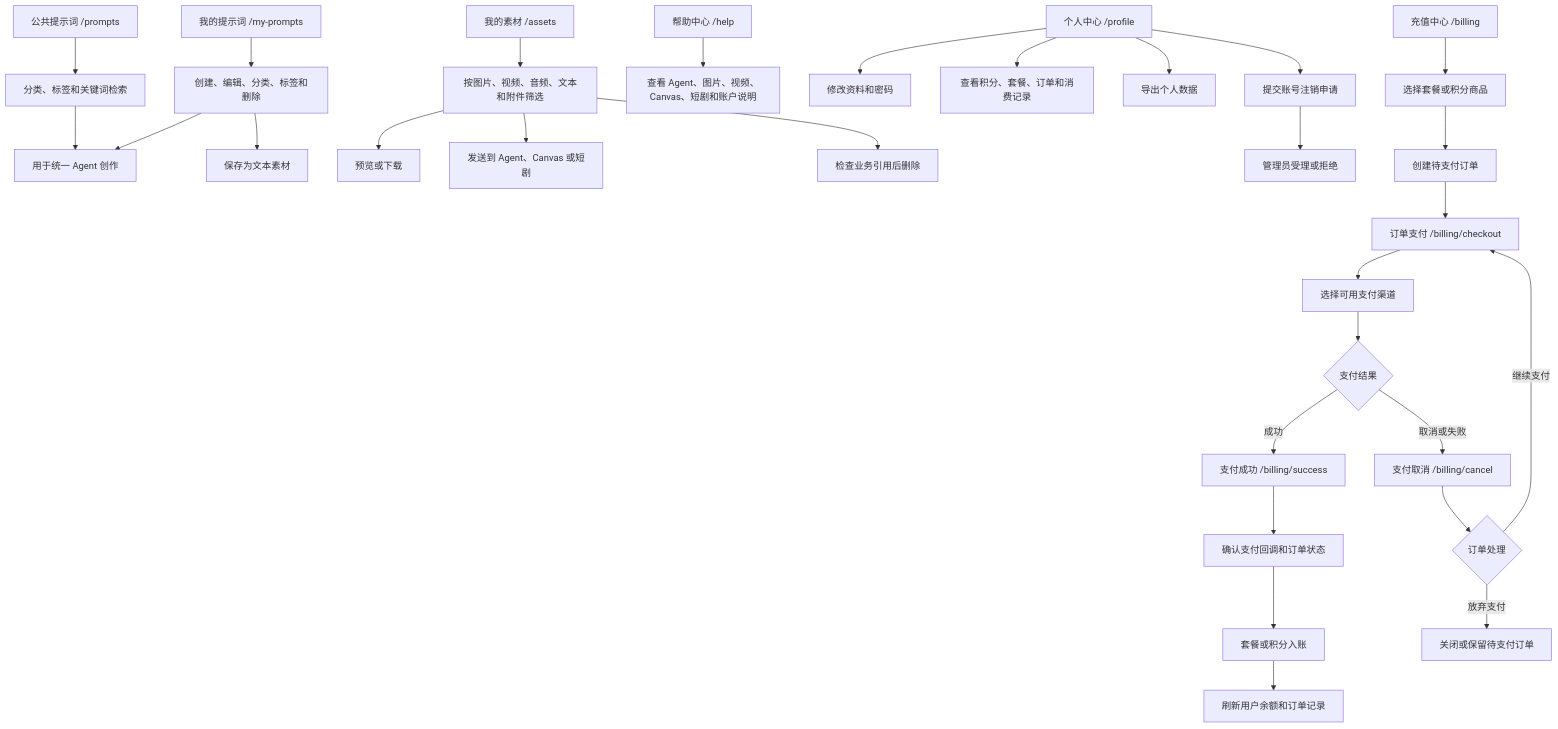
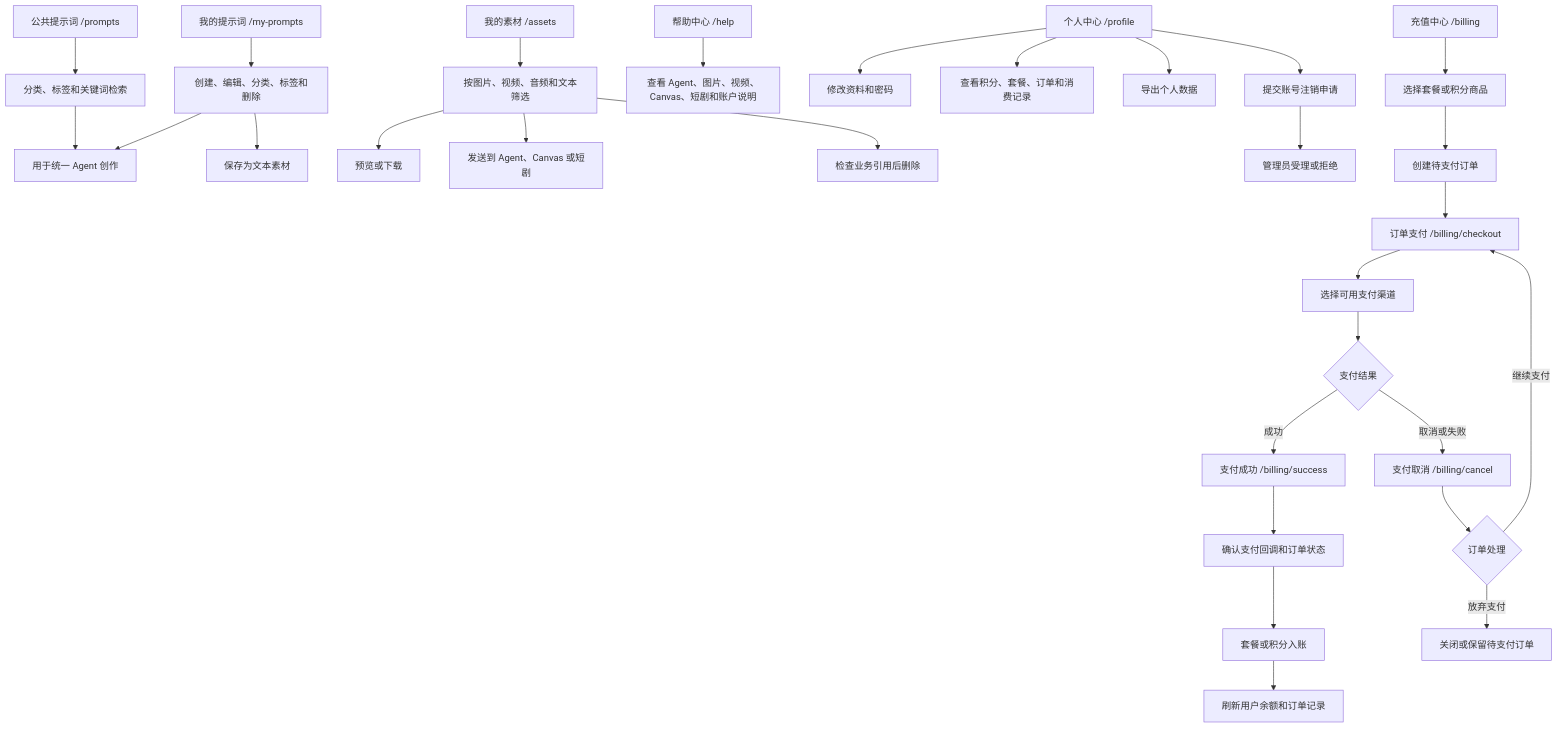
Before and after one commit to AR307/VOZEB-PRO: the sixth of 9 diagrams in README.md, drawn with Mermaid. The commit also changed other lines of this file and 94 other files, not shown here.

````diff
--- a/README.md
+++ b/README.md
@@ -208,38 +207,38 @@
 ```mermaid
 flowchart TB
     PROMPTS["公共提示词 /prompts"] --> FIND["分类、标签和关键词检索"]
     FIND --> USE["用于统一 Agent 创作"]
 
     MY["我的提示词 /my-prompts"] --> MANAGE["创建、编辑、分类、标签和删除"]
     MANAGE --> SAVE_ASSET["保存为文本素材"]
     MANAGE --> USE
 
-    ASSETS["我的素材 /assets"] --> FILTER["按图片、视频、音频、文本和附件筛选"]
+    ASSETS["我的素材 /assets"] --> FILTER["按图片、视频、音频和文本筛选"]
     FILTER --> PREVIEW["预览或下载"]
     FILTER --> CONTINUE["发送到 Agent、Canvas 或短剧"]
     FILTER --> DELETE["检查业务引用后删除"]
 
     HELP["帮助中心 /help"] --> GUIDE["查看 Agent、图片、视频、Canvas、短剧和账户说明"]
 
     PROFILE["个人中心 /profile"] --> INFO["修改资料和密码"]
     PROFILE --> RIGHTS["查看积分、套餐、订单和消费记录"]
     PROFILE --> EXPORT["导出个人数据"]
     PROFILE --> CANCEL_ACCOUNT["提交账号注销申请"]
     CANCEL_ACCOUNT --> ADMIN_REVIEW["管理员受理或拒绝"]
 
     BILLING["充值中心 /billing"] --> PRODUCT["选择套餐或积分商品"]
     PRODUCT --> ORDER["创建待支付订单"]
     ORDER --> CHECKOUT["订单支付 /billing/checkout"]
     CHECKOUT --> CHANNEL["选择可用支付渠道"]
     CHANNEL --> PAY{"支付结果"}
 
     PAY -->|成功| SUCCESS["支付成功 /billing/success"]
     SUCCESS --> CONFIRM["确认支付回调和订单状态"]
     CONFIRM --> GRANT["套餐或积分入账"]
     GRANT --> REFRESH["刷新用户余额和订单记录"]
 
     PAY -->|取消或失败| CANCEL["支付取消 /billing/cancel"]
     CANCEL --> CHOICE{"订单处理"}
     CHOICE -->|继续支付| CHECKOUT
     CHOICE -->|放弃支付| CLOSE["关闭或保留待支付订单"]
 ```
````
